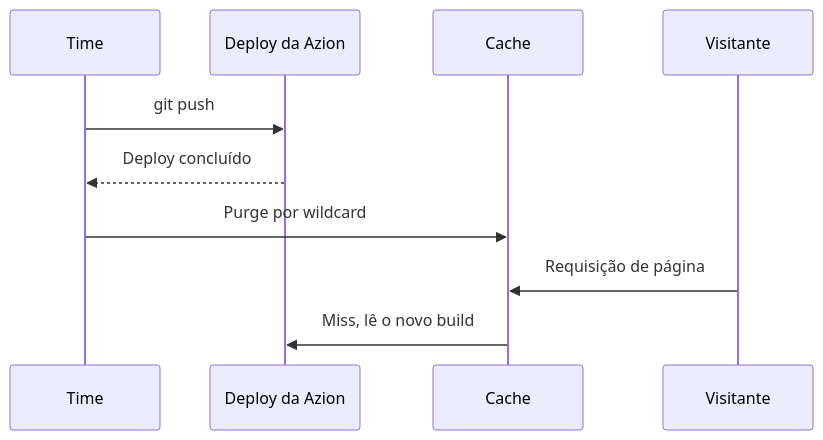
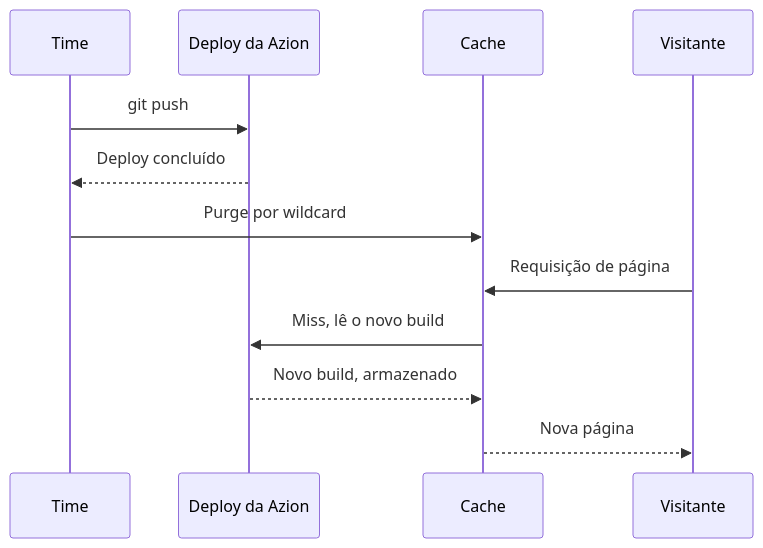
One commit to aziontech/docs changed the second of 2 diagrams in apps/docs/src/content/docs/pt-br/pages/casos-de-uso/construir-e-executar-aplicacoes/criar-e-operar-sites-de-marketing.mdx. Above: the diagram before and after it, drawn with Mermaid. The commit also changed other lines of this file and 53 other files, not shown here.

First line of the commit message:
docs(use-cases): draw the way back in every use-case diagram

````diff
--- a/apps/docs/src/content/docs/pt-br/pages/casos-de-uso/construir-e-executar-aplicacoes/criar-e-operar-sites-de-marketing.mdx
+++ b/apps/docs/src/content/docs/pt-br/pages/casos-de-uso/construir-e-executar-aplicacoes/criar-e-operar-sites-de-marketing.mdx
@@ -92,13 +105,15 @@
 ```mermaid
-%%{init: {"layout": "dagre", "themeVariables": {"fontSize": "13px"}, "flowchart": {"nodeSpacing": 12, "rankSpacing": 12, "padding": 6, "wrappingWidth": 70, "minNodeWidth": 40, "useMaxWidth": true}}}%%
+%%{init: {"layout": "elk", "themeVariables": {"fontSize": "13px"}, "flowchart": {"nodeSpacing": 24, "rankSpacing": 36, "padding": 8, "wrappingWidth": 150, "useMaxWidth": true}, "sequence": {"width": 120, "actorMargin": 30, "useMaxWidth": true}}}%%
 sequenceDiagram
   participant Team as Time
   participant Azion as Deploy da Azion
   participant Cache as Cache
   participant Visitor as Visitante
   Team->>Azion: git push
   Azion-->>Team: Deploy concluído
   Team->>Cache: Purge por wildcard
   Visitor->>Cache: Requisição de página
   Cache->>Azion: Miss, lê o novo build
+  Azion-->>Cache: Novo build, armazenado
+  Cache-->>Visitor: Nova página
 ```
````
